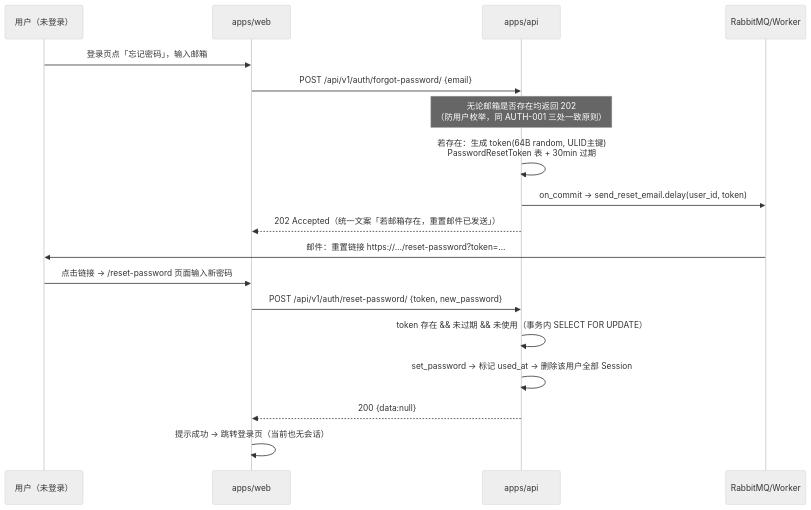
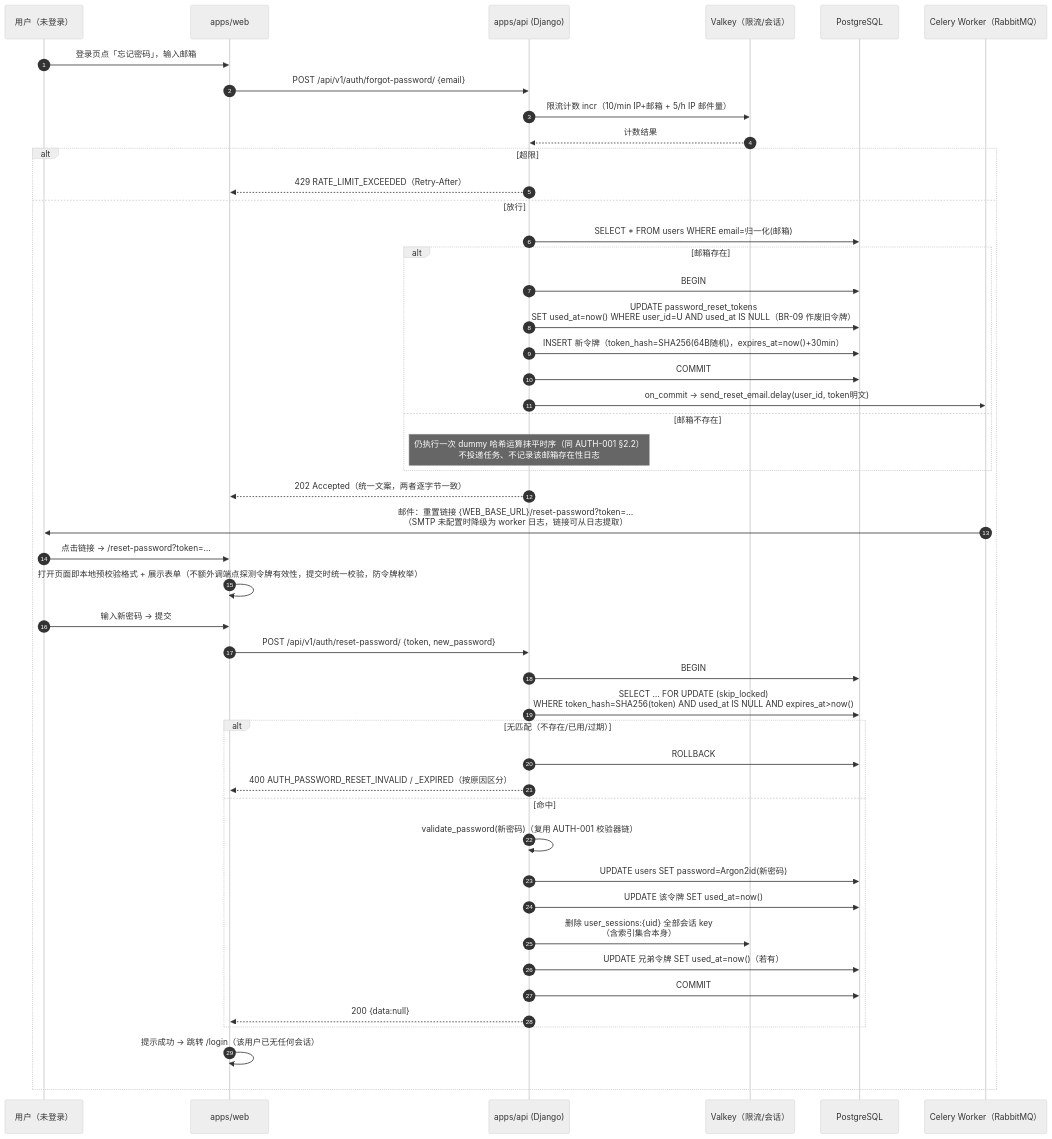
One commit to RabbitAI-Lab/RabbitProjects changed the third of 5 diagrams in docs/sprint-1-mvp/AUTH-004-profile-password.md. Above: the diagram before and after it, drawn with Mermaid (neutral theme). The commit also changed other lines of this file and 86 other files, not shown here.

````diff
--- a/docs/sprint-1-mvp/AUTH-004-profile-password.md
+++ b/docs/sprint-1-mvp/AUTH-004-profile-password.md
@@ -79,20 +154,50 @@
 ```mermaid
 sequenceDiagram
+    autonumber
     participant U as 用户（未登录）
     participant W as apps/web
-    participant A as apps/api
-    participant Q as RabbitMQ/Worker
+    participant A as apps/api (Django)
+    participant R as Valkey（限流/会话）
+    participant PG as PostgreSQL
+    participant Q as Celery Worker（RabbitMQ）
+
     U->>W: 登录页点「忘记密码」，输入邮箱
     W->>A: POST /api/v1/auth/forgot-password/ {email}
-    Note over A: 无论邮箱是否存在均返回 202<br/>（防用户枚举，同 AUTH-001 三处一致原则）
-    A->>A: 若存在：生成 token(64B random, ULID主键)<br/>PasswordResetToken 表 + 30min 过期
-    A->>Q: on_commit → send_reset_email.delay(user_id, token)
-    A-->>W: 202 Accepted（统一文案「若邮箱存在，重置邮件已发送」）
-    Q->>U: 邮件：重置链接 https://…/reset-password?token=…
-    U->>W: 点击链接 → /reset-password 页面输入新密码
-    W->>A: POST /api/v1/auth/reset-password/ {token, new_password}
-    A->>A: token 存在 && 未过期 && 未使用（事务内 SELECT FOR UPDATE）
-    A->>A: set_password → 标记 used_at → 删除该用户全部 Session
-    A-->>W: 200 {data:null}
-    W->>W: 提示成功 → 跳转登录页（当前也无会话）
+    A->>R: 限流计数 incr（10/min IP+邮箱 + 5/h IP 邮件量）
+    R-->>A: 计数结果
+    alt 超限
+        A-->>W: 429 RATE_LIMIT_EXCEEDED（Retry-After）
+    else 放行
+        A->>PG: SELECT * FROM users WHERE email=归一化(邮箱)
+        alt 邮箱存在
+            A->>PG: BEGIN
+            A->>PG: UPDATE password_reset_tokens<br/>SET used_at=now() WHERE user_id=U AND used_at IS NULL（BR-09 作废旧令牌）
+            A->>PG: INSERT 新令牌（token_hash=SHA256(64B随机)，expires_at=now()+30min）
+            A->>PG: COMMIT
+            A->>Q: on_commit → send_reset_email.delay(user_id, token明文)
+        else 邮箱不存在
+            Note over A: 仍执行一次 dummy 哈希运算抹平时序（同 AUTH-001 §2.2）<br/>不投递任务、不记录该邮箱存在性日志
+        end
+        A-->>W: 202 Accepted（统一文案，两者逐字节一致）
+        Q->>U: 邮件：重置链接 {WEB_BASE_URL}/reset-password?token=…<br/>（SMTP 未配置时降级为 worker 日志，链接可从日志提取）
+        U->>W: 点击链接 → /reset-password?token=…
+        W->>W: 打开页面即本地预校验格式 + 展示表单（不额外调端点探测令牌有效性，提交时统一校验，防令牌枚举）
+        U->>W: 输入新密码 → 提交
+        W->>A: POST /api/v1/auth/reset-password/ {token, new_password}
+        A->>PG: BEGIN
+        A->>PG: SELECT … FOR UPDATE (skip_locked)<br/>WHERE token_hash=SHA256(token) AND used_at IS NULL AND expires_at>now()
+        alt 无匹配（不存在/已用/过期）
+            A->>PG: ROLLBACK
+            A-->>W: 400 AUTH_PASSWORD_RESET_INVALID / _EXPIRED（按原因区分）
+        else 命中
+            A->>A: validate_password(新密码)（复用 AUTH-001 校验器链）
+            A->>PG: UPDATE users SET password=Argon2id(新密码)
+            A->>PG: UPDATE 该令牌 SET used_at=now()
+            A->>R: 删除 user_sessions:{uid} 全部会话 key<br/>（含索引集合本身）
+            A->>PG: UPDATE 兄弟令牌 SET used_at=now()（若有）
+            A->>PG: COMMIT
+            A-->>W: 200 {data:null}
+        end
+        W->>W: 提示成功 → 跳转 /login（该用户已无任何会话）
+    end
 ```
````
